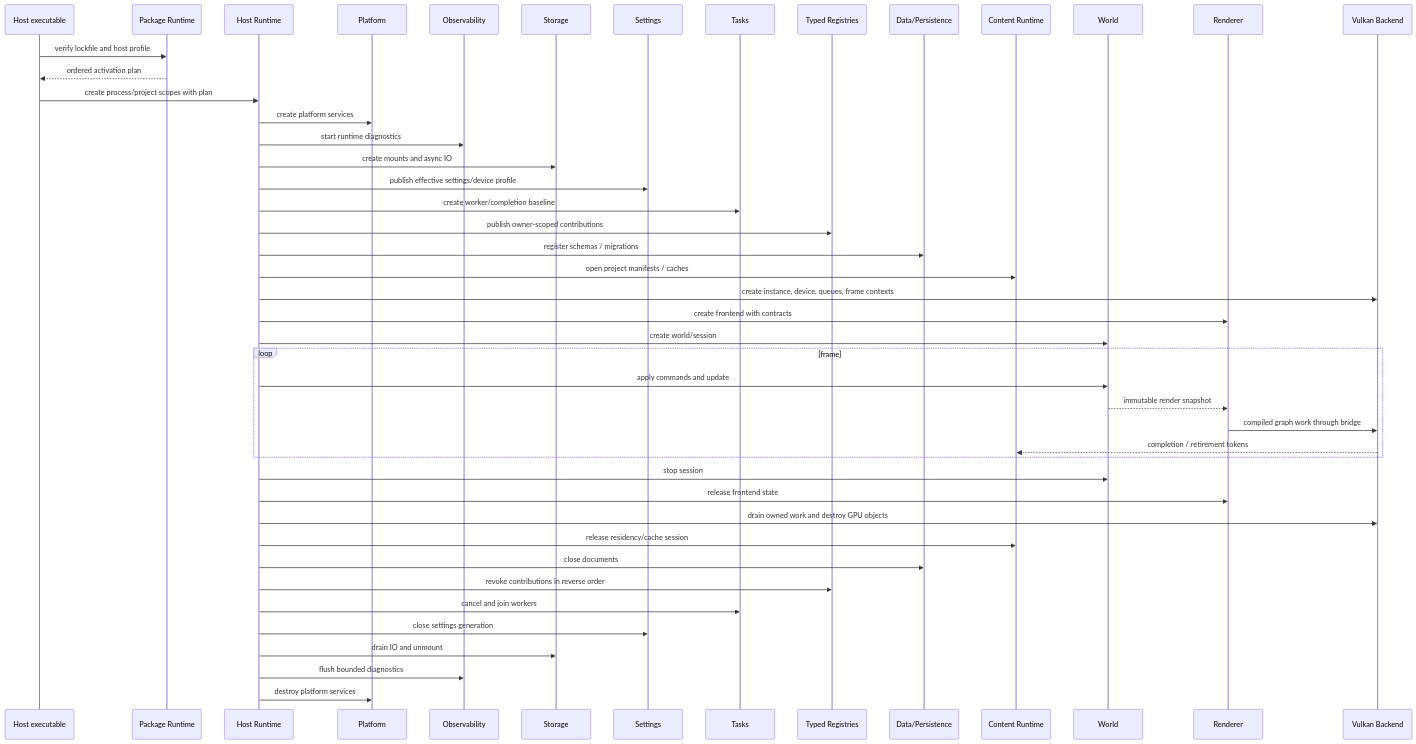
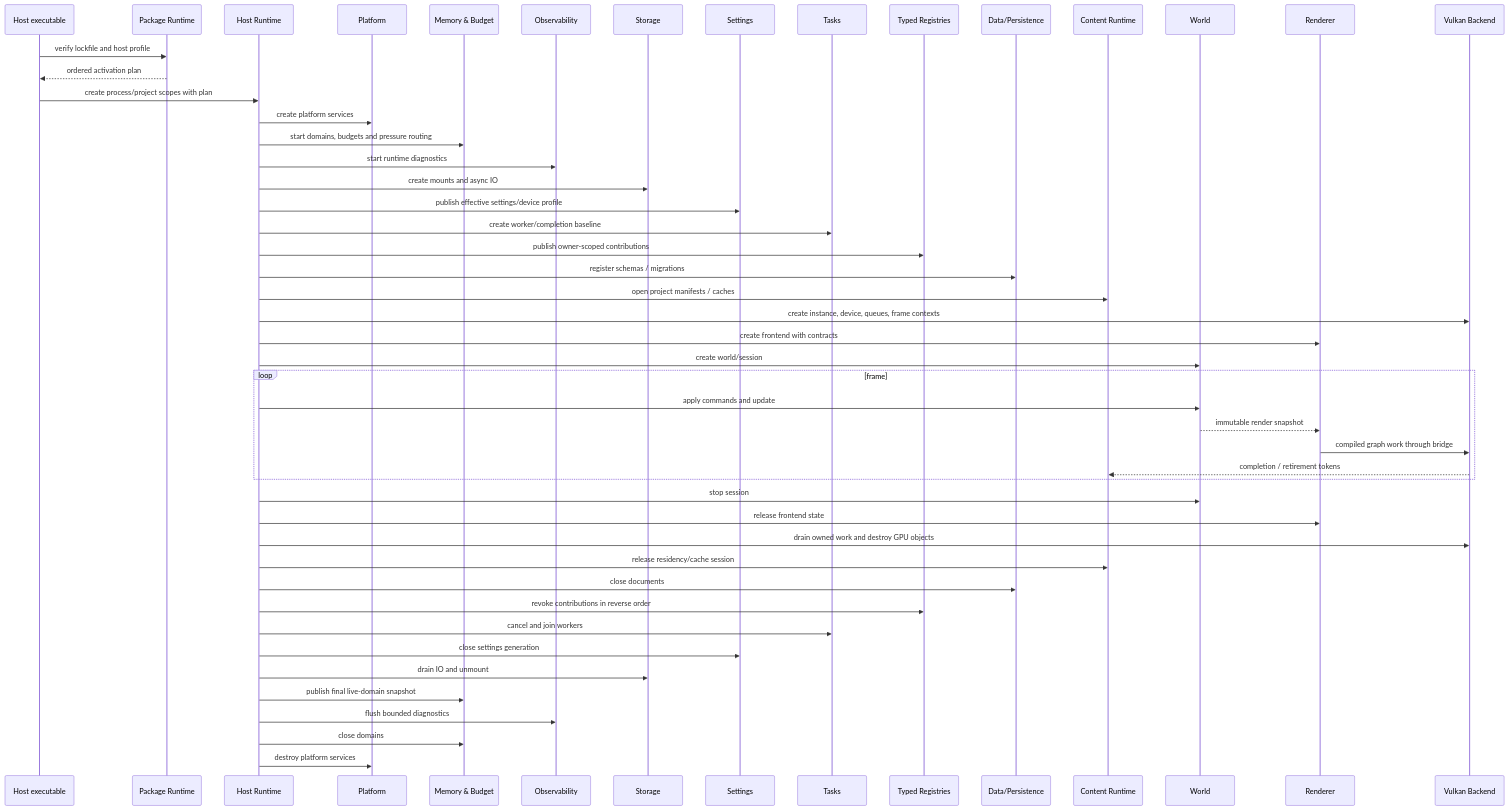
The fifth of 5 diagrams in docs/planning/system-architecture-roadmap.md (66six11/Engine), drawn with Mermaid before and after one commit. The commit also changed other lines of this file and 3 other files, not shown here.

````diff
--- a/docs/planning/system-architecture-roadmap.md
+++ b/docs/planning/system-architecture-roadmap.md
@@ -785,49 +810,53 @@
 ```mermaid
 sequenceDiagram
     participant App as Host executable
     participant Package as Package Runtime
     participant Host as Host Runtime
     participant Platform
+    participant Memory as Memory & Budget
     participant Observe as Observability
     participant Storage
     participant Settings
     participant Tasks
     participant Registry as Typed Registries
     participant Data as Data/Persistence
     participant Content as Content Runtime
     participant World
     participant Renderer
     participant GPU as Vulkan Backend
 
     App->>Package: verify lockfile and host profile
     Package-->>App: ordered activation plan
     App->>Host: create process/project scopes with plan
     Host->>Platform: create platform services
+    Host->>Memory: start domains, budgets and pressure routing
     Host->>Observe: start runtime diagnostics
     Host->>Storage: create mounts and async IO
     Host->>Settings: publish effective settings/device profile
     Host->>Tasks: create worker/completion baseline
     Host->>Registry: publish owner-scoped contributions
     Host->>Data: register schemas / migrations
     Host->>Content: open project manifests / caches
     Host->>GPU: create instance, device, queues, frame contexts
     Host->>Renderer: create frontend with contracts
     Host->>World: create world/session
     loop frame
         Host->>World: apply commands and update
         World-->>Renderer: immutable render snapshot
         Renderer->>GPU: compiled graph work through bridge
         GPU-->>Content: completion / retirement tokens
     end
     Host->>World: stop session
     Host->>Renderer: release frontend state
     Host->>GPU: drain owned work and destroy GPU objects
     Host->>Content: release residency/cache session
     Host->>Data: close documents
     Host->>Registry: revoke contributions in reverse order
     Host->>Tasks: cancel and join workers
     Host->>Settings: close settings generation
     Host->>Storage: drain IO and unmount
+    Host->>Memory: publish final live-domain snapshot
     Host->>Observe: flush bounded diagnostics
+    Host->>Memory: close domains
     Host->>Platform: destroy platform services
 ```
````
